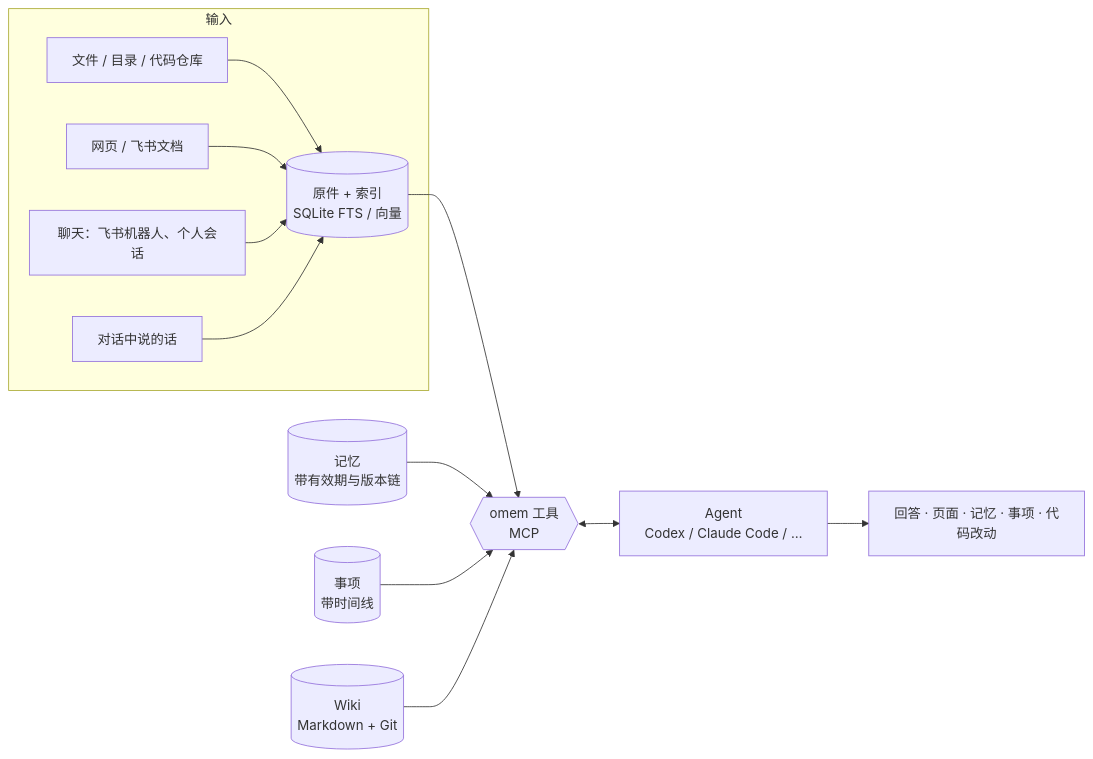
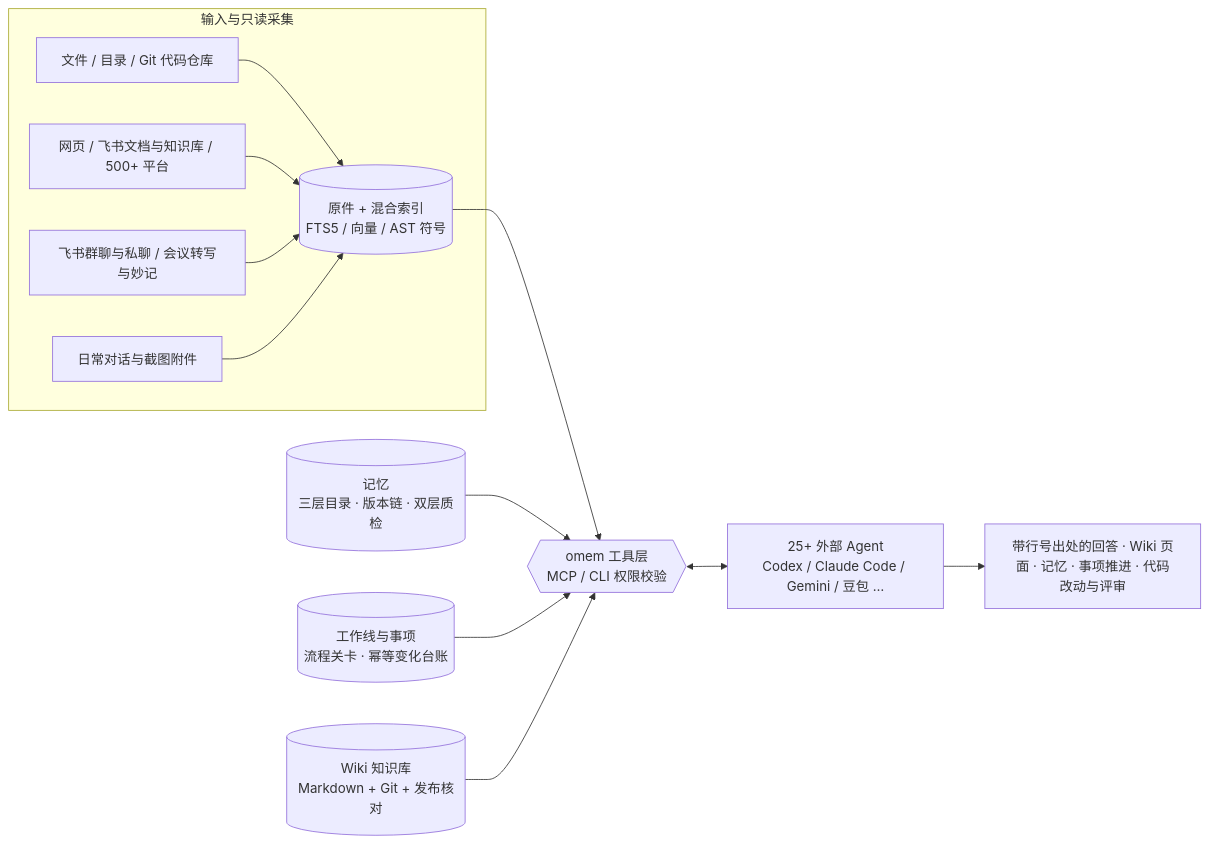
Before and after one commit to lejunyang/omem: the diagram in README.md, drawn with Mermaid. The commit also changed other lines of this file and 32 other files, not shown here.

````diff
--- a/README.md
+++ b/README.md
@@ -96,15 +28,15 @@
 ```mermaid
 flowchart LR
-  subgraph 输入
-    A[文件 / 目录 / 代码仓库] --> S
-    B[网页 / 飞书文档] --> S
-    C[聊天：飞书机器人、个人会话] --> S
-    D[对话中说的话] --> S
+  subgraph 输入与只读采集
+    A[文件 / 目录 / Git 代码仓库] --> S
+    B[网页 / 飞书文档与知识库 / 500+ 平台] --> S
+    C[飞书群聊与私聊 / 会议转写与妙记] --> S
+    D[日常对话与截图附件] --> S
   end
-  S[(原件 + 索引<br/>SQLite FTS / 向量)] --> T{{omem 工具<br/>MCP}}
-  M[(记忆<br/>带有效期与版本链)] --> T
-  I[(事项<br/>带时间线)] --> T
-  W[(Wiki<br/>Markdown + Git)] --> T
-  T <--> AG[Agent<br/>Codex / Claude Code / …]
-  AG --> O[回答 · 页面 · 记忆 · 事项 · 代码改动]
+  S[(原件 + 混合索引<br/>FTS5 / 向量 / AST 符号)] --> T{{omem 工具层<br/>MCP / CLI 权限校验}}
+  M[(记忆<br/>三层目录 · 版本链 · 双层质检)] --> T
+  I[(工作线与事项<br/>流程关卡 · 幂等变化台账)] --> T
+  W[(Wiki 知识库<br/>Markdown + Git + 发布核对)] --> T
+  T <--> AG[25+ 外部 Agent<br/>Codex / Claude Code / Gemini / 豆包 …]
+  AG --> O[带行号出处的回答 · Wiki 页面 · 记忆 · 事项推进 · 代码改动与评审]
 ```
````
